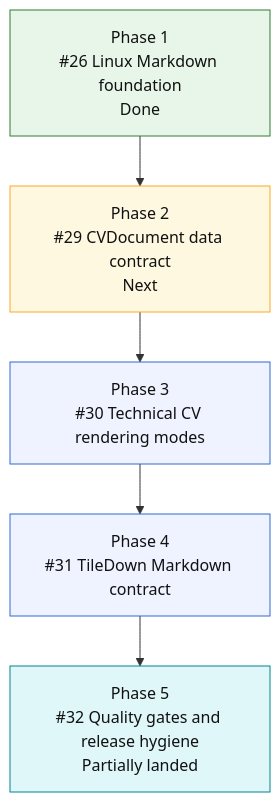
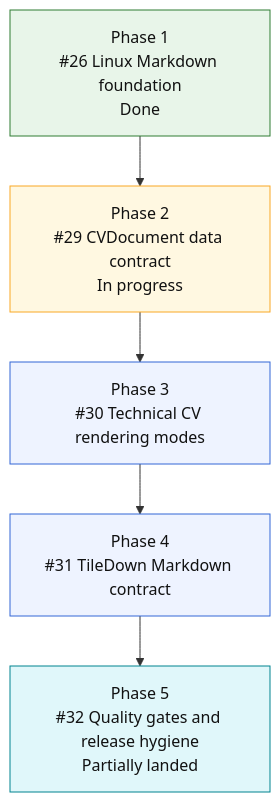
The diagram in README.md (mihaelamj/cvbuilder), drawn with Mermaid before and after one commit. The commit also changed other lines of this file and 18 other files, not shown here.

Commit message:
feat(cvdocument): stabilize JSON contract

````diff
--- a/README.md
+++ b/README.md
@@ -139,19 +144,19 @@
 ```mermaid
 flowchart TD
     P1["Phase 1<br/>#26 Linux Markdown foundation<br/>Done"]
-    P2["Phase 2<br/>#29 CVDocument data contract<br/>Next"]
+    P2["Phase 2<br/>#29 CVDocument data contract<br/>In progress"]
     P3["Phase 3<br/>#30 Technical CV rendering modes"]
     P4["Phase 4<br/>#31 TileDown Markdown contract"]
     P5["Phase 5<br/>#32 Quality gates and release hygiene<br/>Partially landed"]
 
     P1 --> P2 --> P3 --> P4 --> P5
 
     classDef done fill:#e8f5e9,stroke:#2e7d32,color:#111;
-    classDef next fill:#fff8e1,stroke:#f9a825,color:#111;
+    classDef active fill:#fff8e1,stroke:#f9a825,color:#111;
     classDef partial fill:#e0f7fa,stroke:#00838f,color:#111;
     classDef todo fill:#eef3ff,stroke:#3367d6,color:#111;
     class P1 done;
-    class P2 next;
+    class P2 active;
     class P5 partial;
     class P3,P4 todo;
 ```
````
